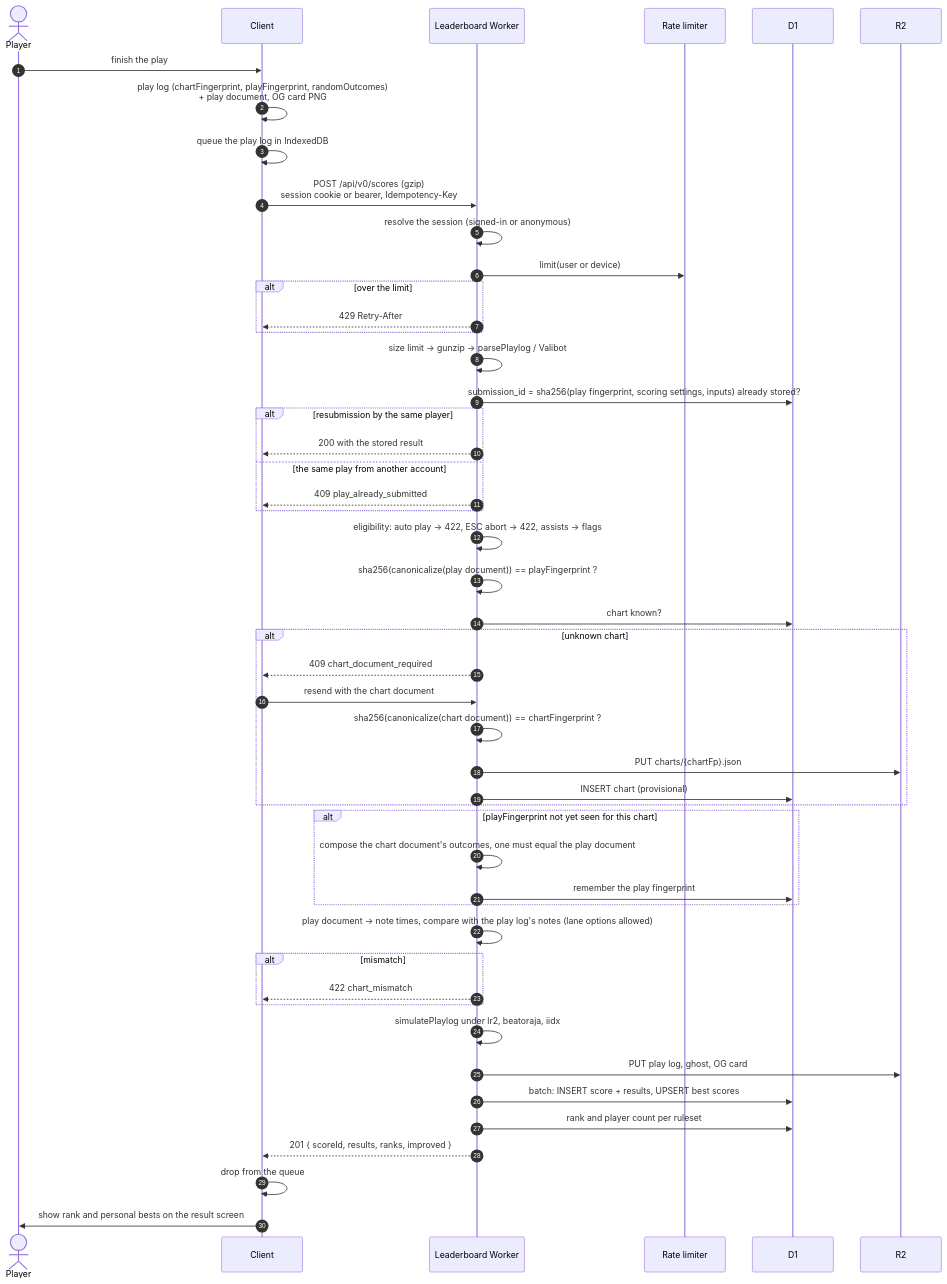
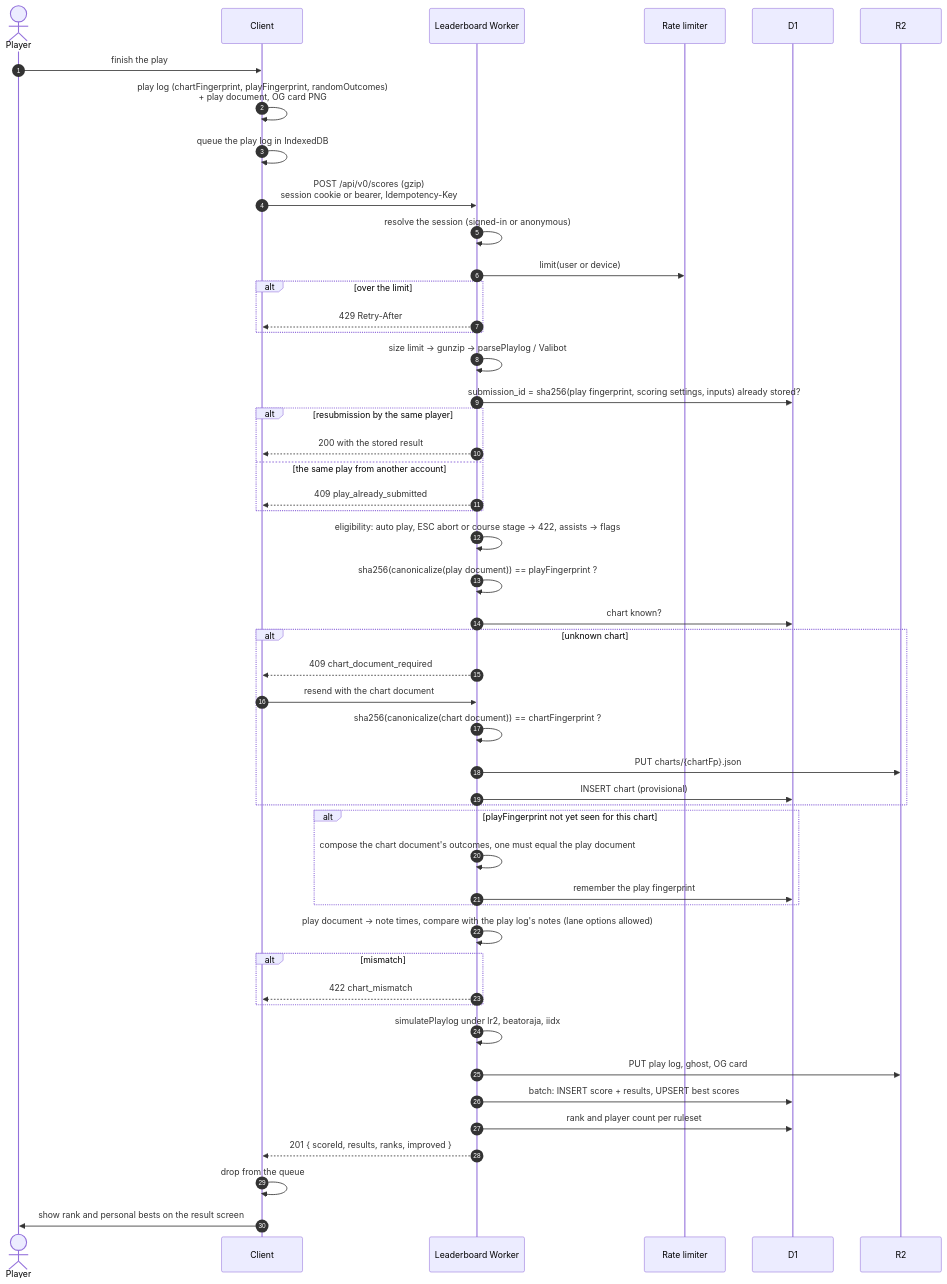
One commit to nulltask/be-music changed the diagram in docs/leaderboard.md. Above: the diagram before and after it, drawn with Mermaid. The commit also changed other lines of this file and 41 other files, not shown here.

First line of the commit message:
feat(player): play course stages on course gauges and end plays on failure

````diff
--- a/docs/leaderboard.md
+++ b/docs/leaderboard.md
@@ -141,52 +141,52 @@
 ```mermaid
 sequenceDiagram
     autonumber
     actor P as Player
     participant C as Client
     participant A as Leaderboard Worker
     participant RL as Rate limiter
     participant D as D1
     participant R as R2
 
     P->>C: finish the play
     C->>C: play log (chartFingerprint, playFingerprint, randomOutcomes)<br/>+ play document, OG card PNG
     C->>C: queue the play log in IndexedDB
     C->>A: POST /api/v0/scores (gzip)<br/>session cookie or bearer, Idempotency-Key
     A->>A: resolve the session (signed-in or anonymous)
     A->>RL: limit(user or device)
     alt over the limit
         A-->>C: 429 Retry-After
     end
     A->>A: size limit → gunzip → parsePlaylog / Valibot
     A->>D: submission_id = sha256(play fingerprint, scoring settings, inputs) already stored?
     alt resubmission by the same player
         A-->>C: 200 with the stored result
     else the same play from another account
         A-->>C: 409 play_already_submitted
     end
-    A->>A: eligibility: auto play → 422, ESC abort → 422, assists → flags
+    A->>A: eligibility: auto play, ESC abort or course stage → 422, assists → flags
     A->>A: sha256(canonicalize(play document)) == playFingerprint ?
     A->>D: chart known?
     alt unknown chart
         A-->>C: 409 chart_document_required
         C->>A: resend with the chart document
         A->>A: sha256(canonicalize(chart document)) == chartFingerprint ?
         A->>R: PUT charts/{chartFp}.json
         A->>D: INSERT chart (provisional)
     end
     alt playFingerprint not yet seen for this chart
         A->>A: compose the chart document's outcomes, one must equal the play document
         A->>D: remember the play fingerprint
     end
     A->>A: play document → note times, compare with the play log's notes (lane options allowed)
     alt mismatch
         A-->>C: 422 chart_mismatch
     end
     A->>A: simulatePlaylog under lr2, beatoraja, iidx
     A->>R: PUT play log, ghost, OG card
     A->>D: batch: INSERT score + results, UPSERT best scores
     A->>D: rank and player count per ruleset
     A-->>C: 201 { scoreId, results, ranks, improved }
     C->>C: drop from the queue
     C->>P: show rank and personal bests on the result screen
 ```
````
